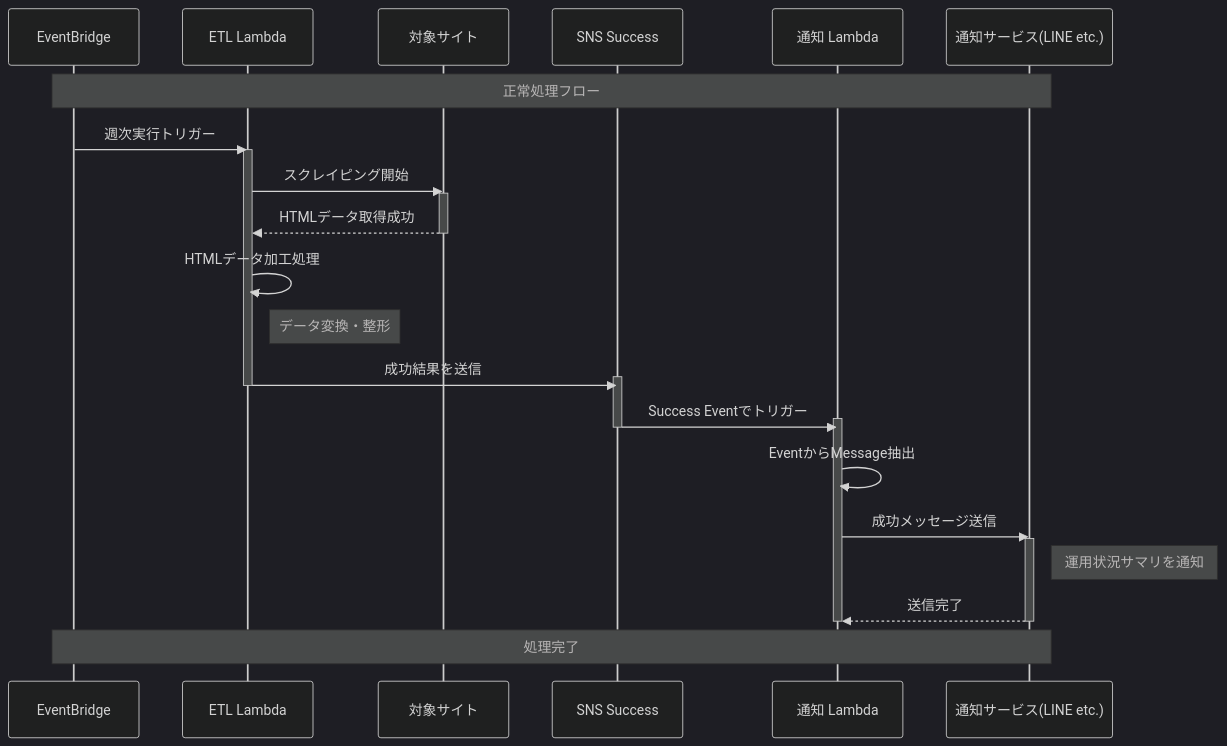
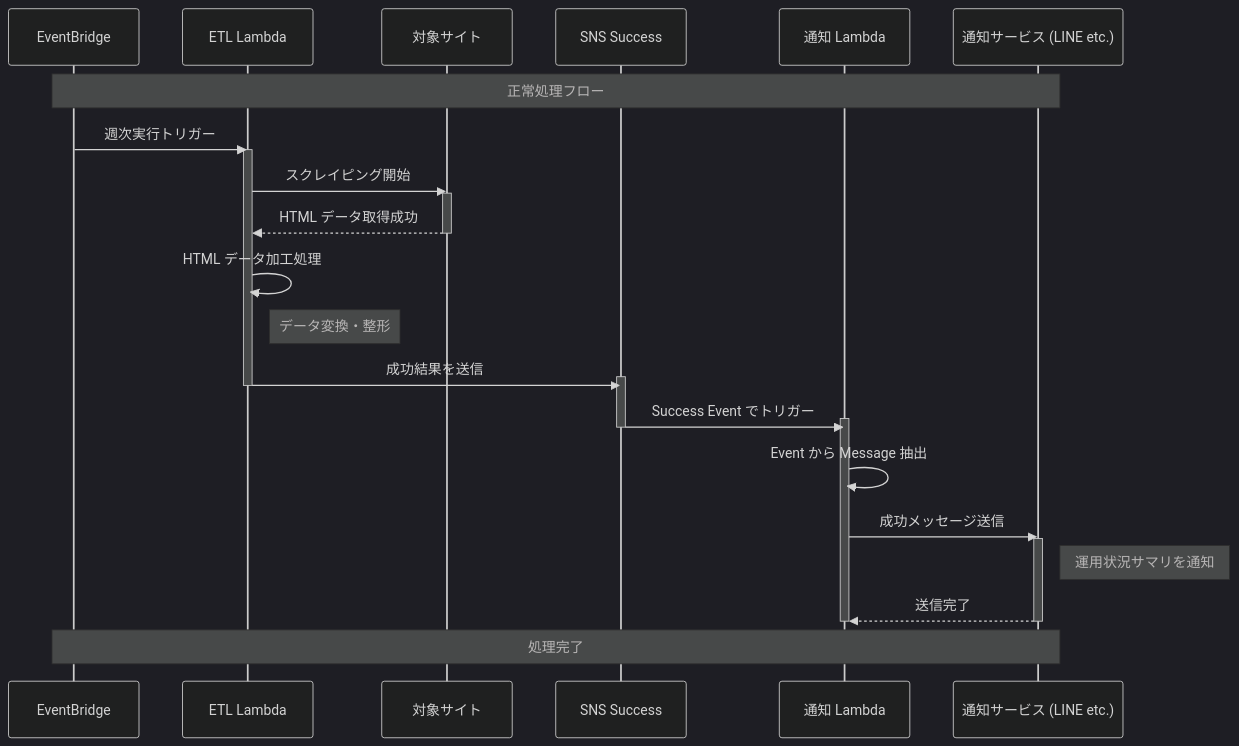
The first of 2 diagrams in README.md (kamaD-y/dcp-ops-monitor), drawn with Mermaid (dark theme) before and after one commit. The commit also changed other lines of this file, not shown here.

````diff
--- a/README.md
+++ b/README.md
@@ -34,41 +34,41 @@
 ```mermaid
 sequenceDiagram
     participant Scheduler as EventBridge
     participant ETL as ETL Lambda
     participant Web as 対象サイト
     participant SNS_S as SNS Success
     participant Notify as 通知 Lambda
-    participant Notifications as 通知サービス(LINE etc.)
+    participant Notifications as 通知サービス (LINE etc.)
 
     Note over Scheduler, Notifications: 正常処理フロー
     
     Scheduler->>ETL: 週次実行トリガー
     activate ETL
     
     ETL->>Web: スクレイピング開始
     activate Web
-    Web-->>ETL: HTMLデータ取得成功
+    Web-->>ETL: HTML データ取得成功
     deactivate Web
     
-    ETL->>ETL: HTMLデータ加工処理
+    ETL->>ETL: HTML データ加工処理
     Note right of ETL: データ変換・整形
     
     ETL->>SNS_S: 成功結果を送信
     activate SNS_S
     deactivate ETL
     
-    SNS_S->>Notify: Success Eventでトリガー
+    SNS_S->>Notify: Success Event でトリガー
     activate Notify
     deactivate SNS_S
     
-    Notify->>Notify: EventからMessage抽出
+    Notify->>Notify: Event から Message 抽出
     
     Notify->>Notifications: 成功メッセージ送信
     activate Notifications
     Note right of Notifications: 運用状況サマリを通知
     Notifications-->>Notify: 送信完了
     deactivate Notifications
     deactivate Notify
     
     Note over Scheduler, Notifications: 処理完了
 ```
````
